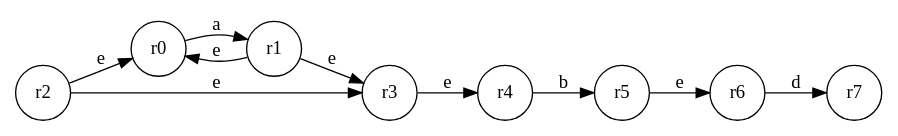
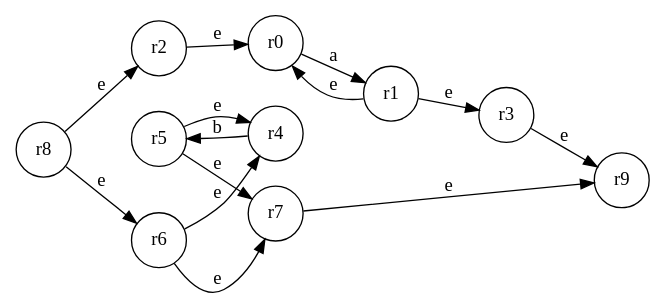
The diagram in practica02_autom/salida.gv (iangelmx/Parsers), drawn with Graphviz before and after one commit. The commit also changed 5 other files, not shown here.

```diff
--- a/practica02_autom/salida.gv
+++ b/practica02_autom/salida.gv
@@ -1,12 +1,17 @@
 digraph AFN{
 rankdir = LR;
-node [shape = "circle"];r0 -> r1 [label="a"];
+node [shape = "circle"];
+r0 -> r1 [label="a"];
 r1 -> r0 [label="e"];
 r1 -> r3 [label="e"];
 r2 -> r0 [label="e"];
-r2 -> r3 [label="e"];
-r3 -> r4 [label="e"];
+r3 -> r9 [label="e"];
 r4 -> r5 [label="b"];
-r5 -> r6 [label="e"];
-r6 -> r7 [label="d"];
+r5 -> r4 [label="e"];
+r5 -> r7 [label="e"];
+r6 -> r4 [label="e"];
+r6 -> r7 [label="e"];
+r7 -> r9 [label="e"];
+r8 -> r2 [label="e"];
+r8 -> r6 [label="e"];
 }
```
